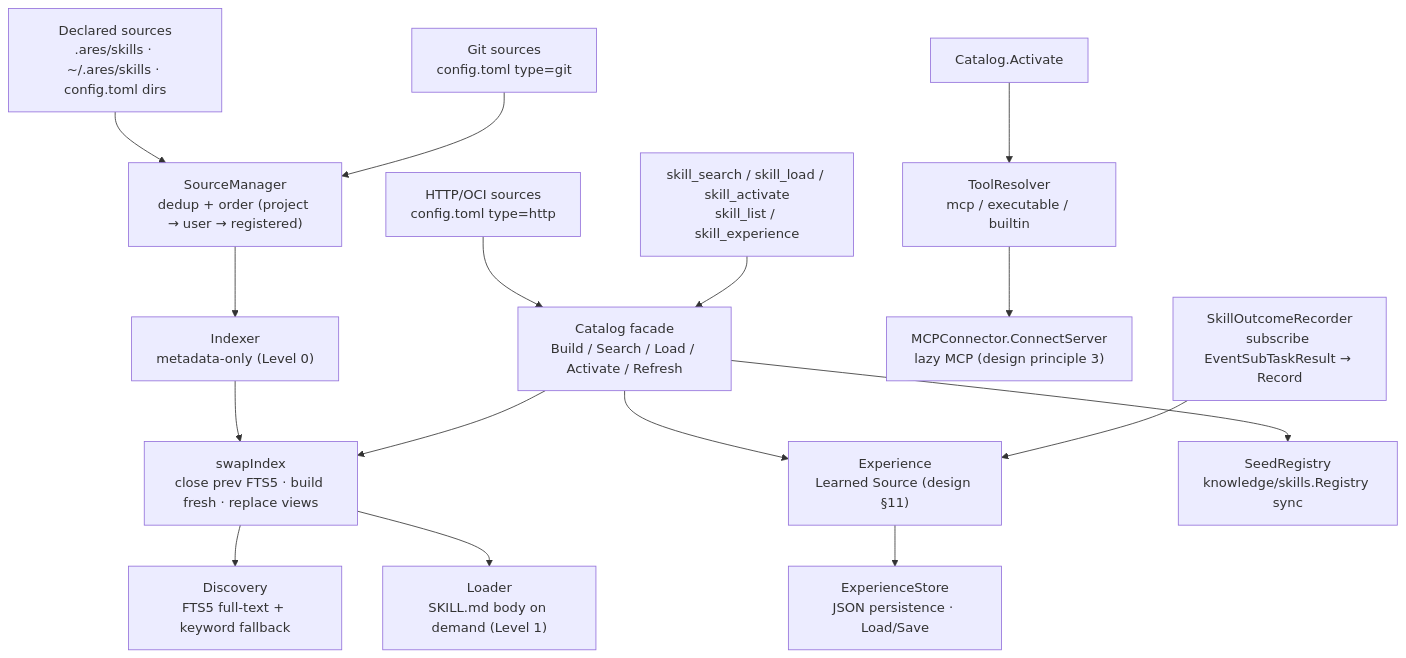
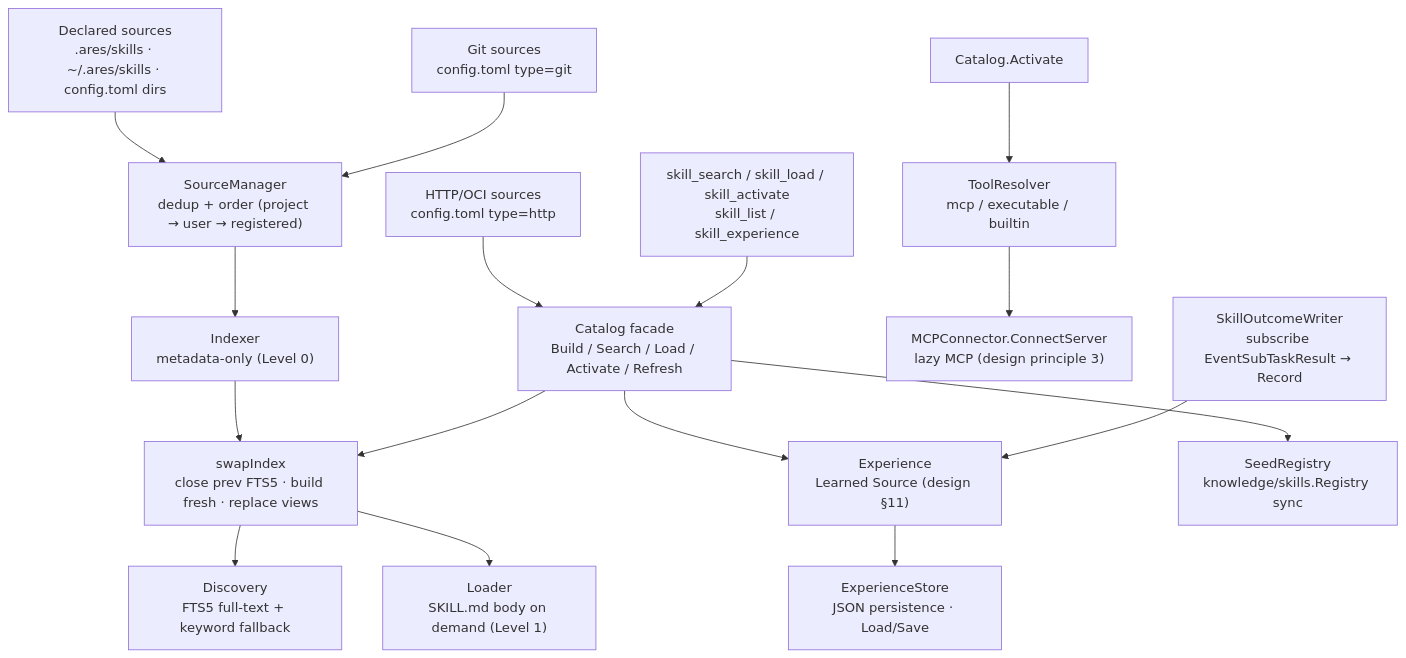
One commit to Timwood0x10/ARES_Docs changed the diagram in content/modules/ares_skills.en.md. Above: the diagram before and after it, drawn with Mermaid. The commit also changed other lines of this file and 75 other files, not shown here.

Commit message:
docs(architecture): Update runtime layering and ARES Kernel documentation

````diff
--- a/content/modules/ares_skills.en.md
+++ b/content/modules/ares_skills.en.md
@@ -45,18 +45,18 @@
 ```mermaid
 flowchart TD
     Decl["Declared sources<br/>.ares/skills · ~/.ares/skills · config.toml dirs"] --> SM["SourceManager<br/>dedup + order (project → user → registered)"]
     Git["Git sources<br/>config.toml type=git"] --> SM
     HTTP["HTTP/OCI sources<br/>config.toml type=http"] --> CAT
     SM --> IDX["Indexer<br/>metadata-only (Level 0)"]
     IDX --> SWP["swapIndex<br/>close prev FTS5 · build fresh · replace views"]
     SWP --> DISC["Discovery<br/>FTS5 full-text + keyword fallback"]
     SWP --> LD["Loader<br/>SKILL.md body on demand (Level 1)"]
     CAT["Catalog facade<br/>Build / Search / Load / Activate / Refresh"] --> SWP
     CAT --> EXP["Experience<br/>Learned Source (design §11)"]
     EXP --> ES["ExperienceStore<br/>JSON persistence · Load/Save"]
     ACT["Catalog.Activate"] --> RES["ToolResolver<br/>mcp / executable / builtin"]
     RES --> MCP["MCPConnector.ConnectServer<br/>lazy MCP (design principle 3)"]
     CAT --> SEED["SeedRegistry<br/>knowledge/skills.Registry sync"]
     TOOLS["skill_search / skill_load / skill_activate<br/>skill_list / skill_experience"] --> CAT
-    OUT["SkillOutcomeRecorder<br/>subscribe EventSubTaskResult → Record"] --> EXP
+    OUT["SkillOutcomeWriter<br/>subscribe EventSubTaskResult → Record"] --> EXP
 ```
````
